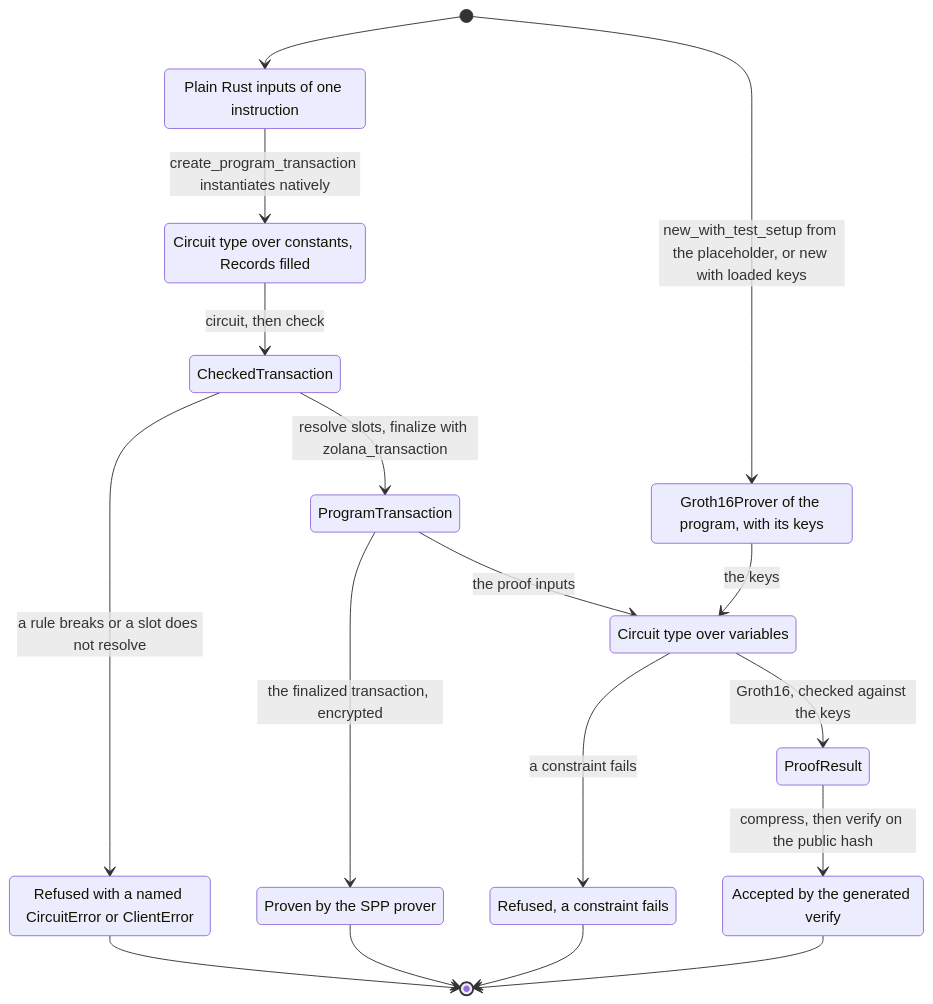
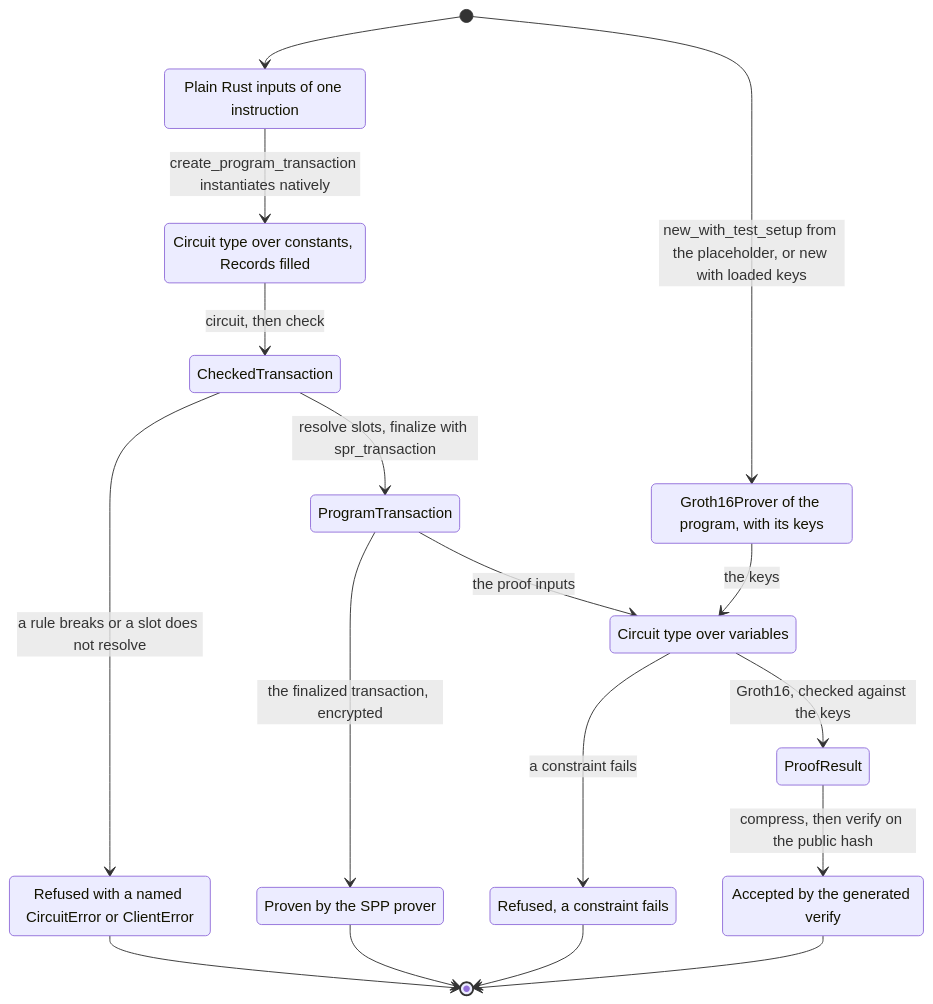
The first of 2 diagrams in sdk-libs/program/README.md (helius-labs/zolana), drawn with Mermaid before and after one commit. The commit also changed other lines of this file and 1089 other files, not shown here.

Commit message:
Rename local Rust crate prefixes from zolana to spr

````diff
--- a/sdk-libs/program/README.md
+++ b/sdk-libs/program/README.md
@@ -377,34 +377,34 @@
 ```mermaid
 stateDiagram-v2
     accTitle: How an instruction goes from its inputs to the program verifier
     accDescr: The client runs the circuit natively to build the SPP transaction. The prover runs the same circuit in R1CS against the public hash. The program verifies the compressed proof.
 
     state "Plain Rust inputs of one instruction" as Inputs
     state "Circuit type over constants, Records filled" as Native
     state "CheckedTransaction" as Checked
     state "ProgramTransaction" as Program
     state "Proven by the SPP prover" as SppProver
     state "Groth16Prover of the program, with its keys" as Prover
     state "Circuit type over variables" as R1cs
     state "ProofResult" as Proof
     state "Accepted by the generated verify" as Accepted
     state "Refused with a named CircuitError or ClientError" as Refused
     state "Refused, a constraint fails" as Unsatisfied
 
     [*] --> Inputs
     Inputs --> Native : create_program_transaction instantiates natively
     Native --> Checked : circuit, then check
     Checked --> Refused : a rule breaks or a slot does not resolve
-    Checked --> Program : resolve slots, finalize with zolana_transaction
+    Checked --> Program : resolve slots, finalize with spr_transaction
     Program --> SppProver : the finalized transaction, encrypted
     [*] --> Prover : new_with_test_setup from the placeholder, or new with loaded keys
     Program --> R1cs : the proof inputs
     Prover --> R1cs : the keys
     R1cs --> Unsatisfied : a constraint fails
     R1cs --> Proof : Groth16, checked against the keys
     Proof --> Accepted : compress, then verify on the public hash
     SppProver --> [*]
     Accepted --> [*]
     Refused --> [*]
     Unsatisfied --> [*]
 ```
````
